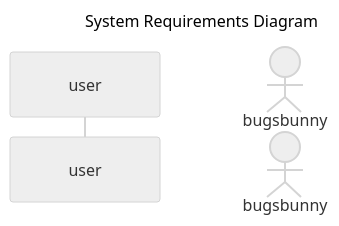
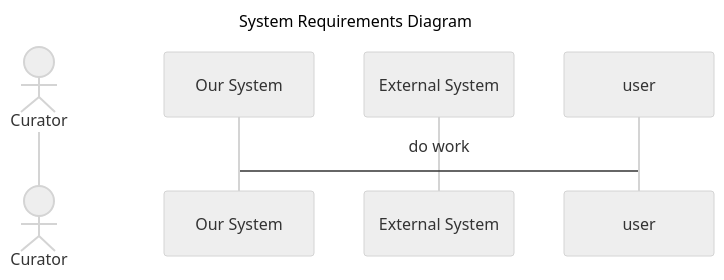
One commit to kayiwa/mermaid-wintersession changed the diagram in lesson1-actors/flow-diagram.md. Above: the diagram before and after it, drawn with Mermaid (neutral theme).

````diff
--- a/lesson1-actors/flow-diagram.md
+++ b/lesson1-actors/flow-diagram.md
@@ -9,9 +9,13 @@
 ```mermaid
 sequenceDiagram
 title  System Requirements Diagram
 accTitle: System Requirements Sequence Diagram
 accDescr: A sequence diagram that shows what interactions we are expecting the system to have
 
-participant user
-actor bugsbunny
+actor bugsbunny as User
+participant sys as Our System
+participant ext as External System
+actor bugsbunny as Curator
+
+user -> sys: do work
 ```
````
